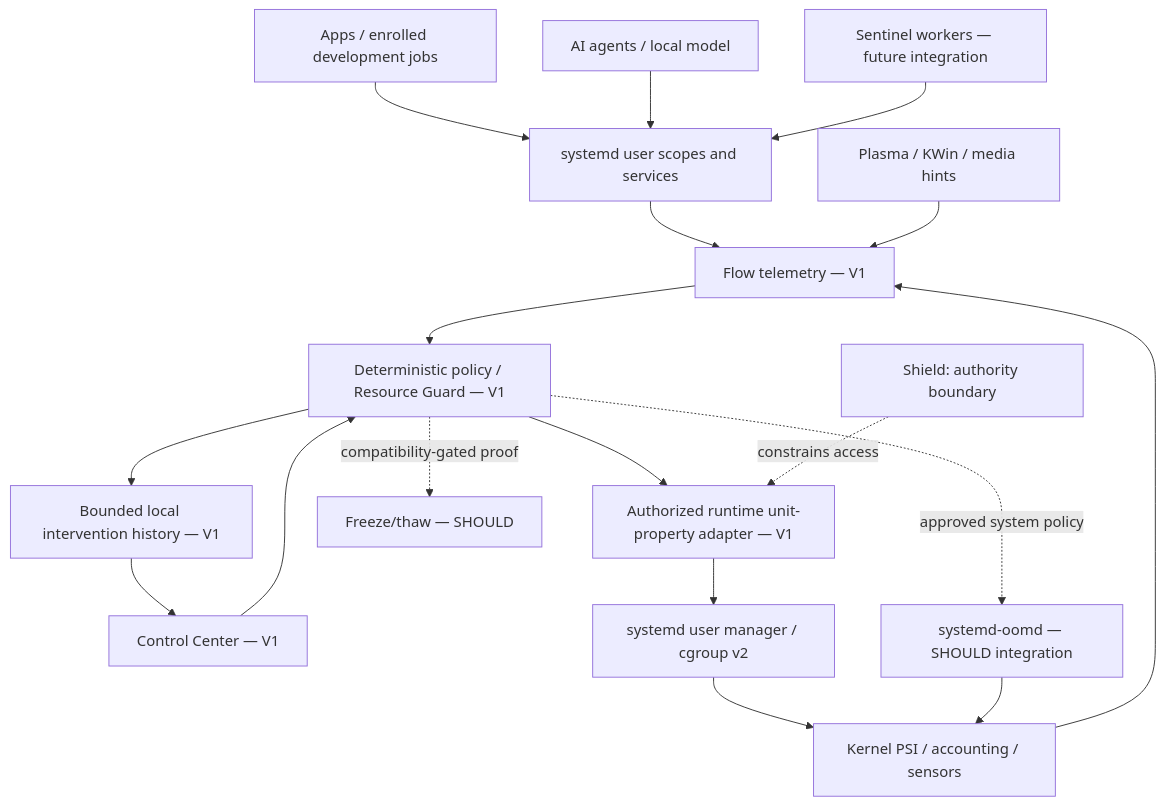
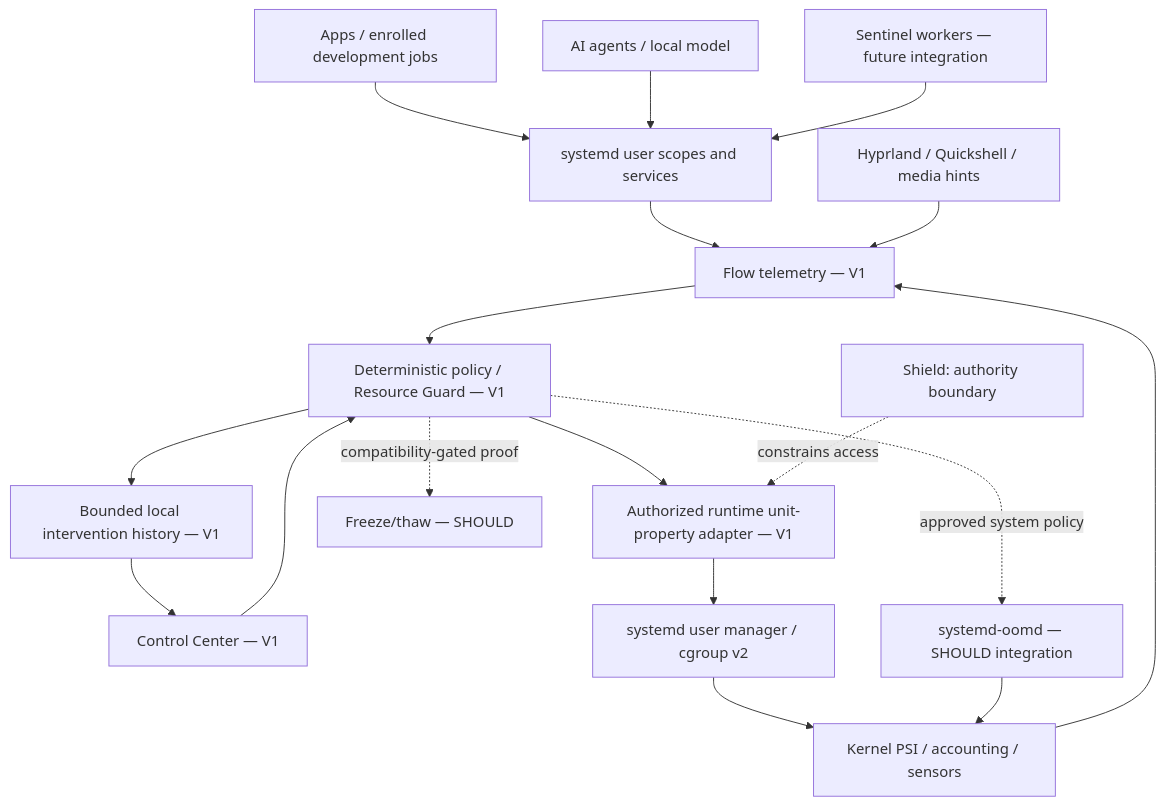
The diagram in docs/system/FLOW.md (Prof-bilal/Axiom), drawn with Mermaid before and after one commit. The commit also changed other lines of this file and 58 other files, not shown here.

First line of the commit message:
Migrate architecture docs to Omarchy-derived foundation

````diff
--- a/docs/system/FLOW.md
+++ b/docs/system/FLOW.md
@@ -21,20 +21,20 @@
 ```mermaid
 flowchart TD
   Apps[Apps / enrolled development jobs] --> Groups[systemd user scopes and services]
   Agents[AI agents / local model] --> Groups
   Sentinel[Sentinel workers — future integration] --> Groups
   Groups --> T[Flow telemetry — V1]
-  Desktop[Plasma / KWin / media hints] --> T
+  Desktop[Hyprland / Quickshell / media hints] --> T
   Kernel[Kernel PSI / accounting / sensors] --> T
   T --> P[Deterministic policy / Resource Guard — V1]
   CC[Control Center — V1] --> P
   P --> U[Authorized runtime unit-property adapter — V1]
   U --> SD[systemd user manager / cgroup v2]
   SD --> Kernel
   P --> History[Bounded local intervention history — V1]
   History --> CC
   P -. compatibility-gated proof .-> Sleep[Freeze/thaw — SHOULD]
   P -. approved system policy .-> OOM[systemd-oomd — SHOULD integration]
   OOM --> Kernel
   Shield[Shield: authority boundary] -. constrains access .-> U
 ```
````
